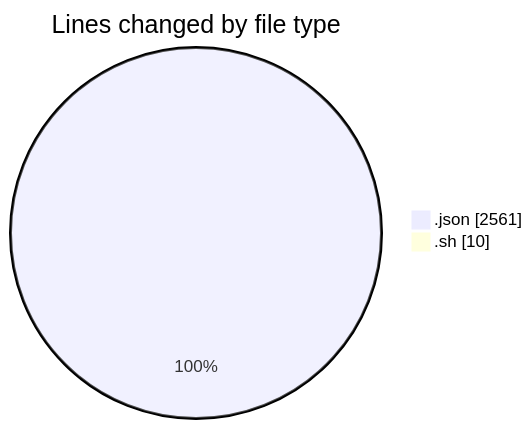
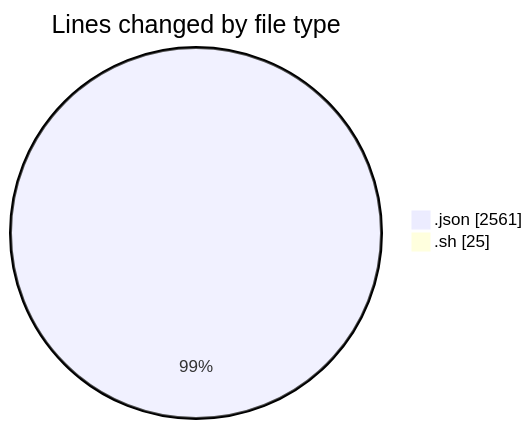
The first of 2 diagrams in 2025-08-03/_claude/README.md (EIIisD/code-tracking), drawn with Mermaid before and after one commit. The commit also changed other lines of this file and 1 other file, not shown here.

````diff
--- a/2025-08-03/_claude/README.md
+++ b/2025-08-03/_claude/README.md
@@ -23,6 +26,6 @@
 ```mermaid
 pie showData
 title Lines changed by file type
 ".json" : 2561
-".sh" : 10
+".sh" : 25
 ```
````
